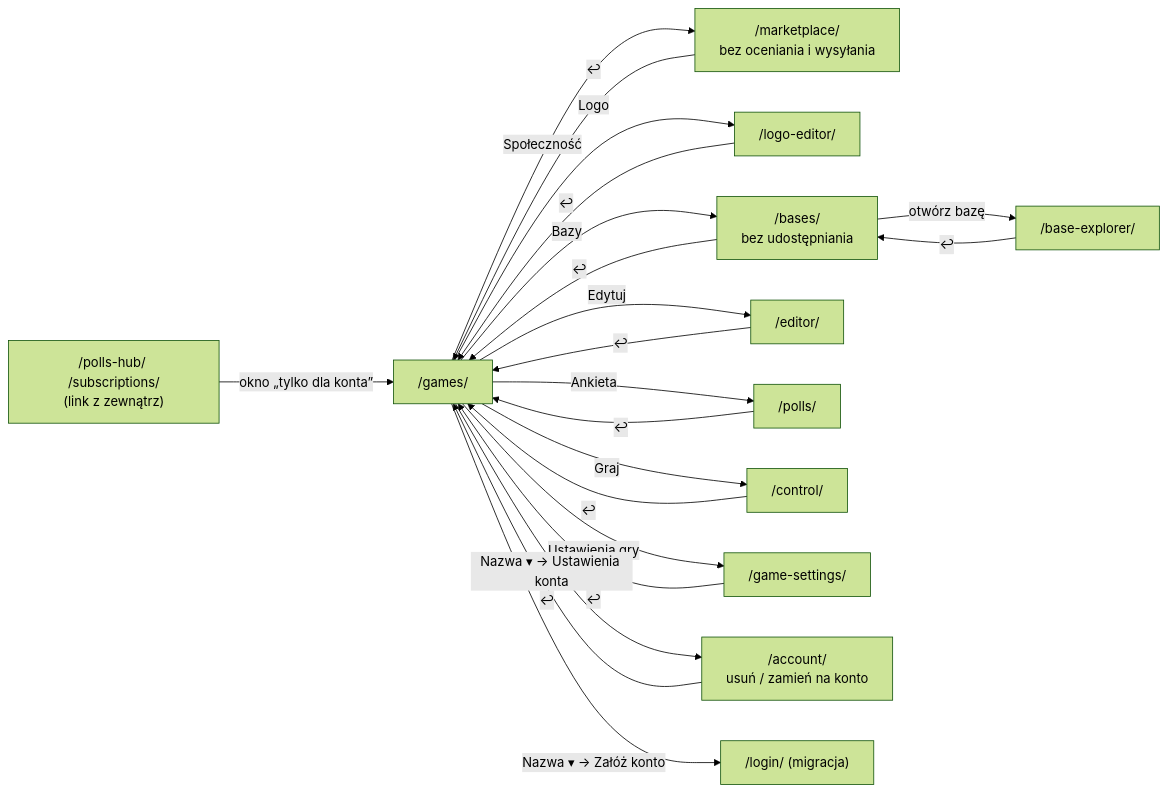
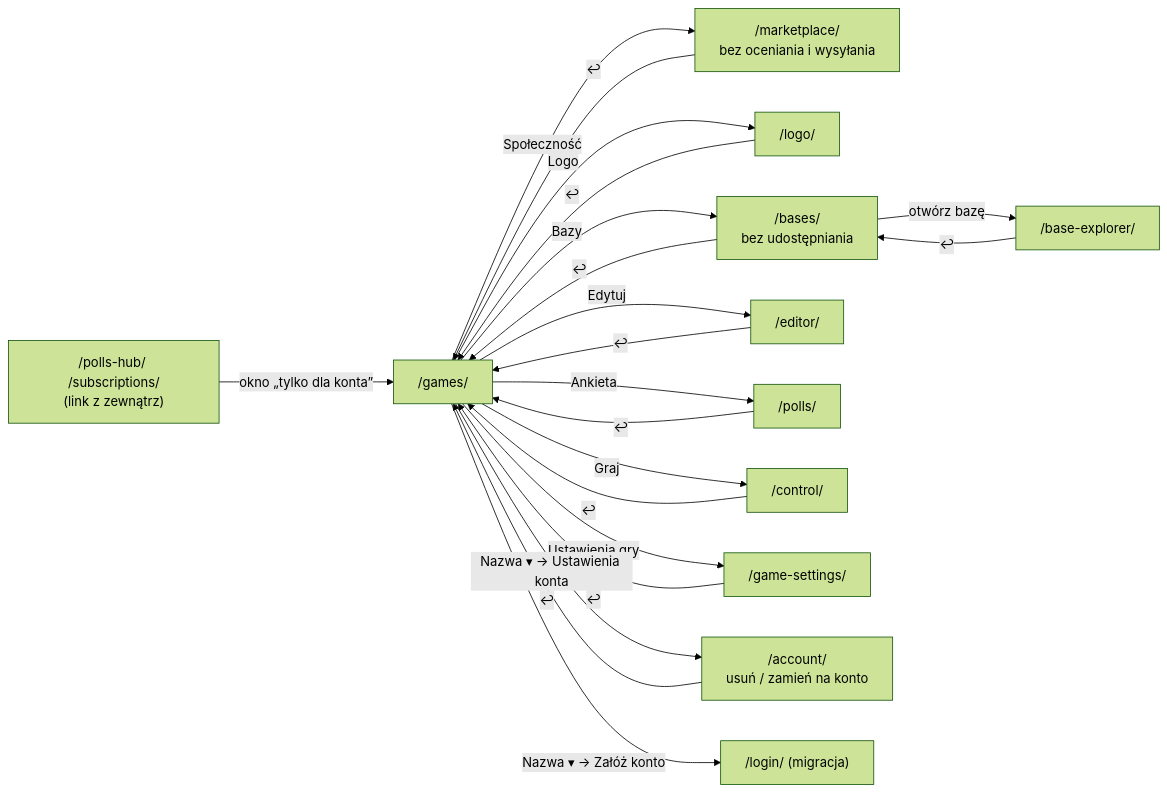
Before and after one commit to Andrish97/familiada: the second of 3 diagrams in docs/nawigacja-mapa-plan.md, drawn with Mermaid (forest theme). The commit also changed other lines of this file, not shown here.

First line of the commit message:
Mapa nawigacji: adresy logo /logo/ i /logo/editor-text|draw|image/

````diff
--- a/docs/nawigacja-mapa-plan.md
+++ b/docs/nawigacja-mapa-plan.md
@@ -349,17 +354,17 @@
 ```mermaid
 flowchart LR
   games["/games/"]
   games -->|Społeczność| market["/marketplace/<br/>bez oceniania i wysyłania"]
-  games -->|Logo| logo["/logo-editor/"]
+  games -->|Logo| logo["/logo/"]
   games -->|Bazy| bases["/bases/<br/>bez udostępniania"]
   bases -->|otwórz bazę| explorer["/base-explorer/"]
   games -->|Edytuj| editor["/editor/"]
   games -->|Ankieta| polls["/polls/"]
   games -->|Graj| control["/control/"]
   games -->|Ustawienia gry| gs["/game-settings/"]
   games -->|Nazwa ▾ → Ustawienia konta| account["/account/<br/>usuń / zamień na konto"]
   games -->|Nazwa ▾ → Załóż konto| login["/login/ (migracja)"]
   market & logo & bases & editor & polls & control & gs & account -->|↩| games
   explorer -->|↩| bases
   hub["/polls-hub/ /subscriptions/<br/>(link z zewnątrz)"] -->|okno „tylko dla konta”| games
 ```
````
